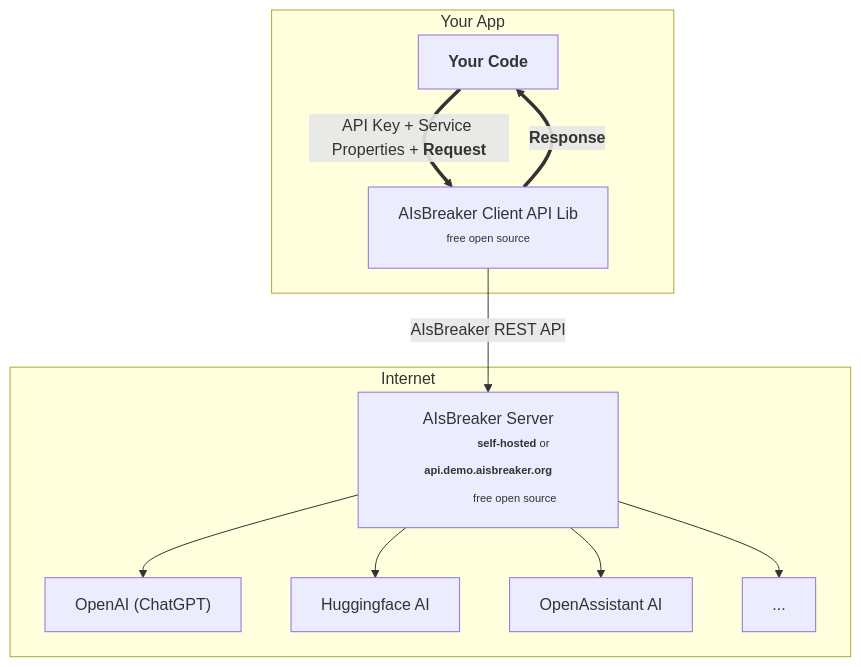
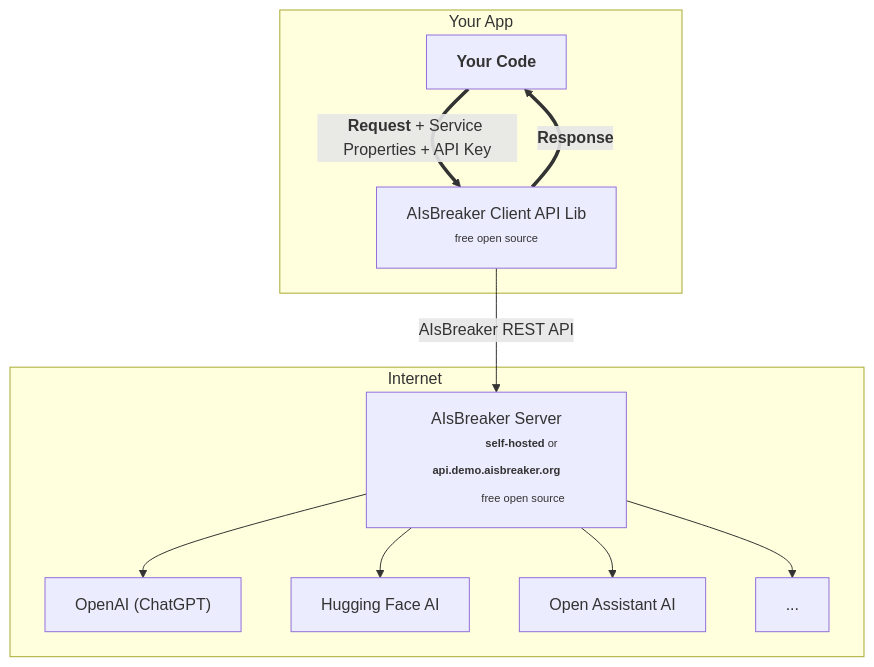
Before and after one commit to aisbreaker/aisbreaker.org: the first of 2 diagrams in site/docs/architecture.md, drawn with Mermaid. The commit also changed other lines of this file and 3 other files, not shown here.

````diff
--- a/site/docs/architecture.md
+++ b/site/docs/architecture.md
@@ -17,20 +17,20 @@
 ```mermaid
 graph TD
   subgraph client[Your App]
     App["<b>Your Code</b>"]
     Lib["AIsBreaker Client API Lib
          <sub><sup>free open source</sup></sub>"]
-    App ==API Key + Service Properties + <b>Request</b>==> Lib
+    App ==<b>Request</b> + Service Properties + API Key==> Lib
     Lib ==<b>Response</b>==> App
   end
   Lib --AIsBreaker REST API--> Server
   subgraph internet["Internet&nbsp;&nbsp;&nbsp;&nbsp;&nbsp;&nbsp;&nbsp;&nbsp;&nbsp;&nbsp;"]
     Server["AIsBreaker Server
             <sub><sup><b>self-hosted</b> or <b>api.demo.aisbreaker.org</b></sup></sub>
             <sub><sup>free open source</sup></sub>"]
     Server --> AI1["OpenAI (ChatGPT)"]
-    Server --> AI2["Huggingface AI"]
-    Server --> AI3["OpenAssistant AI"]
+    Server --> AI2["Hugging Face AI"]
+    Server --> AI3["Open Assistant AI"]
     Server --> AI4["..."]
   end
 ```
````
